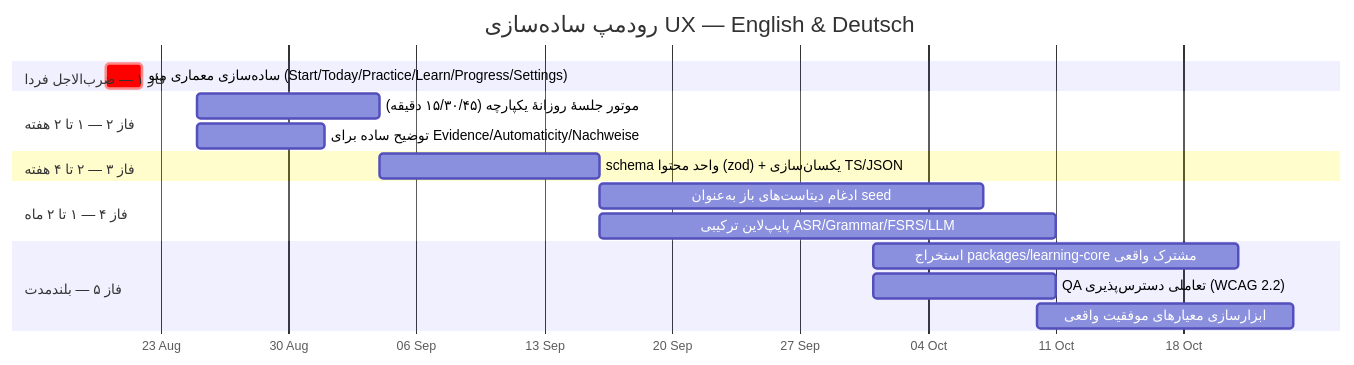
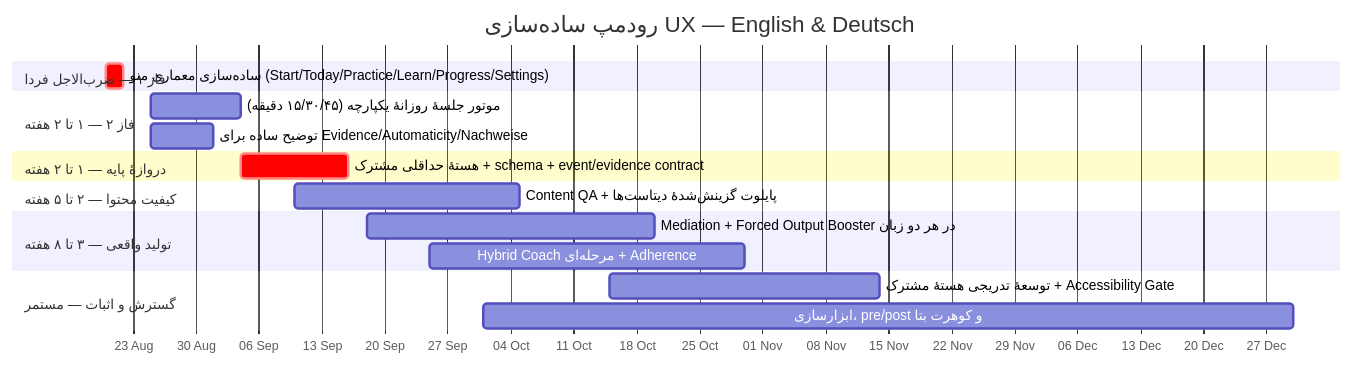
Before and after one commit to Hajimohammadi-KI/APPS_root: the diagram in docs/roadmaps/UX-SIMPLIFICATION-ROADMAP-2026-08-20.md, drawn with Mermaid. The commit also changed other lines of this file and 1 other file, not shown here.

First line of the commit message:
docs: checkpoint Codex's Phase 4-9 roadmap rewrite into git history

````diff
--- a/docs/roadmaps/UX-SIMPLIFICATION-ROADMAP-2026-08-20.md
+++ b/docs/roadmaps/UX-SIMPLIFICATION-ROADMAP-2026-08-20.md
@@ -29,25 +34,27 @@
 ```mermaid
 gantt
     title رودمپ ساده‌سازی UX — English & Deutsch
     dateFormat YYYY-MM-DD
     axisFormat %d %b
 
     section فاز ۱ — ضرب‌الاجل فردا
     ساده‌سازی معماری منو (Start/Today/Practice/Learn/Progress/Settings) :crit, p1, 2026-08-20, 2d
 
     section فاز ۲ — ۱ تا ۲ هفته
     موتور جلسهٔ روزانهٔ یکپارچه (۱۵/۳۰/۴۵ دقیقه)        :p2, 2026-08-25, 10d
     توضیح ساده برای Evidence/Automaticity/Nachweise      :p3, 2026-08-25, 7d
 
-    section فاز ۳ — ۲ تا ۴ هفته
-    schema واحد محتوا (zod) + یکسان‌سازی TS/JSON         :p4, 2026-09-04, 12d
+    section دروازهٔ پایه — ۱ تا ۲ هفته
+    هستهٔ حداقلی مشترک + schema + event/evidence contract :crit, p4, 2026-09-04, 12d
 
-    section فاز ۴ — ۱ تا ۲ ماه
-    ادغام دیتاست‌های باز به‌عنوان seed                    :p5, 2026-09-16, 21d
-    پایپ‌لاین ترکیبی ASR/Grammar/FSRS/LLM                 :p6, 2026-09-16, 25d
+    section کیفیت محتوا — ۲ تا ۵ هفته
+    Content QA + پایلوت گزینش‌شدهٔ دیتاست‌ها              :p5, 2026-09-10, 25d
 
-    section فاز ۵ — بلندمدت
-    استخراج packages/learning-core مشترک واقعی           :p7, 2026-10-01, 20d
-    QA تعاملی دسترس‌پذیری (WCAG 2.2)                      :p8, 2026-10-01, 10d
-    ابزارسازی معیارهای موفقیت واقعی                       :p9, 2026-10-10, 14d
+    section تولید واقعی — ۳ تا ۸ هفته
+    Mediation + Forced Output Booster در هر دو زبان       :p6, 2026-09-18, 32d
+    Hybrid Coach مرحله‌ای + Adherence                     :p7, 2026-09-25, 35d
+
+    section گسترش و اثبات — مستمر
+    توسعهٔ تدریجی هستهٔ مشترک + Accessibility Gate        :p8, 2026-10-15, 30d
+    ابزارسازی، pre/post و کوهرت بتا                        :p9, 2026-10-01, 90d
 ```
````
